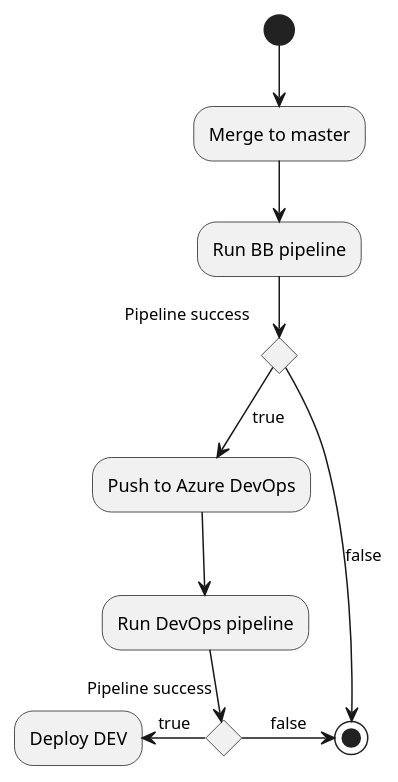
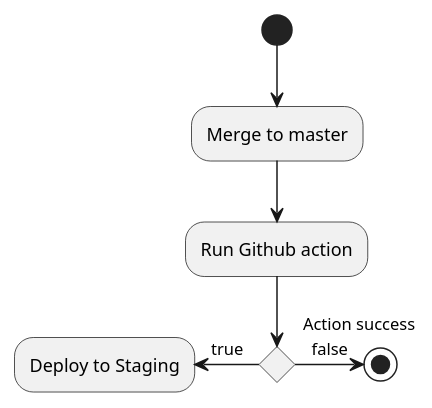
The diagram in book/development/README.md (carishkaa/breviary-backend), drawn with PlantUML before and after one commit. The commit also changed other lines of this file and 3 other files, not shown here.

````diff
--- a/book/development/README.md
+++ b/book/development/README.md
@@ -149,29 +140,15 @@
 ```plantuml
 
 @startuml
 
 (*)  --> "Merge to master"
---> "Run BB pipeline"
-if "Pipeline success" then
-
-  -->[true] "Push to Azure DevOps"
-  --> "Run DevOps pipeline"
-
-  if "Pipeline success" then
-    -left-> [true] "Deploy DEV"
-  else
-    -> [false] (*)
-  endif
-
+--> "Run Github action"
+if "Action success" then
+  -left-> [true] "Deploy to Staging"
 else
-
   -> [false] (*)
-
 endif
-
-
-@enduml
 
 @enduml
 
 ```
````
